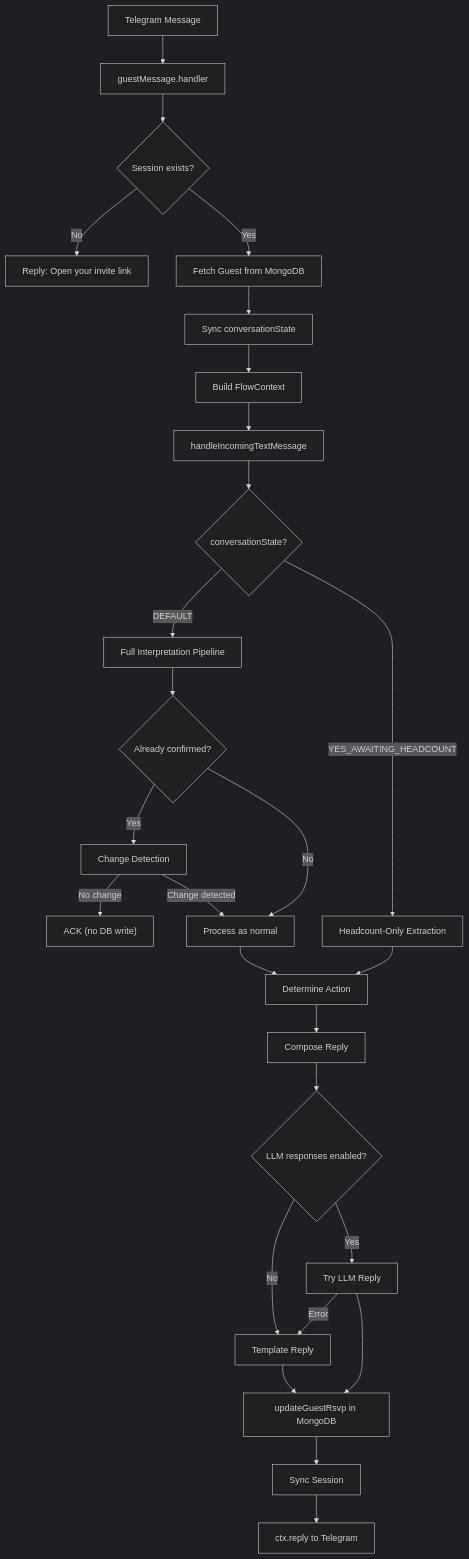
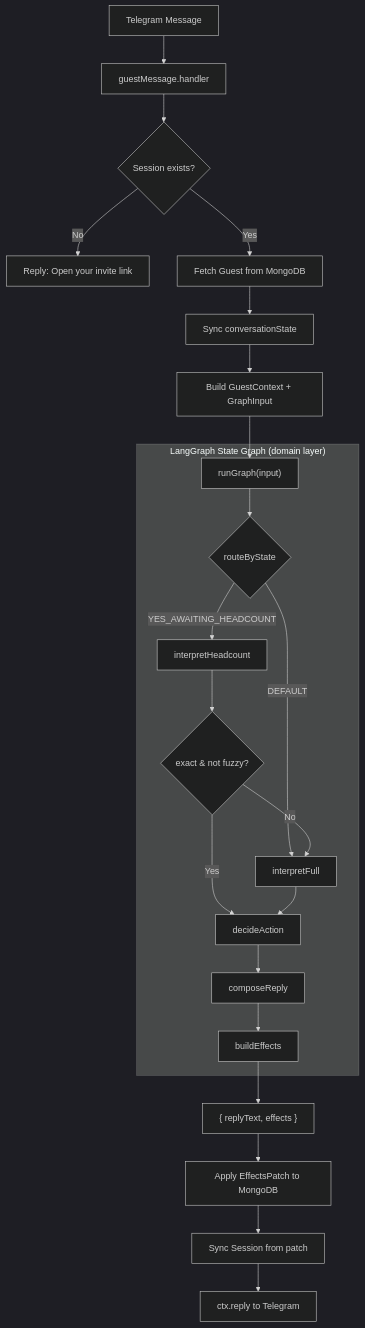
The first of 7 diagrams in docs/ai-bot-machine.md (Srul123/EZ-Event-BOT), drawn with Mermaid (dark theme) before and after one commit. The commit also changed other lines of this file and 20 other files, not shown here.

````diff
--- a/docs/ai-bot-machine.md
+++ b/docs/ai-bot-machine.md
@@ -50,34 +52,27 @@
 ```mermaid
 flowchart TD
     A[Telegram Message] --> B[guestMessage.handler]
     B --> C{Session exists?}
     C -->|No| D["Reply: Open your invite link"]
     C -->|Yes| E[Fetch Guest from MongoDB]
     E --> F[Sync conversationState]
-    F --> G[Build FlowContext]
-    G --> H[handleIncomingTextMessage]
+    F --> G[Build GuestContext + GraphInput]
+    G --> H["runGraph(input)"]
 
-    H --> I{conversationState?}
-    I -->|DEFAULT| J[Full Interpretation Pipeline]
-    I -->|YES_AWAITING_HEADCOUNT| K[Headcount-Only Extraction]
+    subgraph LangGraph["LangGraph State Graph (domain layer)"]
+        H --> I{routeByState}
+        I -->|DEFAULT| J[interpretFull]
+        I -->|YES_AWAITING_HEADCOUNT| K[interpretHeadcount]
+        K --> L{"exact & not fuzzy?"}
+        L -->|Yes| M[decideAction]
+        L -->|No| J
+        J --> M
+        M --> N[composeReply]
+        N --> O[buildEffects]
+    end
 
-    J --> L{Already confirmed?}
-    L -->|Yes| M[Change Detection]
-    M -->|No change| N["ACK (no DB write)"]
-    M -->|Change detected| O[Process as normal]
-    L -->|No| O
-
-    O --> P[Determine Action]
-    K --> P
-
-    P --> Q[Compose Reply]
-    Q --> R{LLM responses enabled?}
-    R -->|No| S[Template Reply]
-    R -->|Yes| T[Try LLM Reply]
-    T -->|Error| S
-
-    S --> U[updateGuestRsvp in MongoDB]
-    T --> U
-    U --> V[Sync Session]
-    V --> W[ctx.reply to Telegram]
+    O --> P["{ replyText, effects }"]
+    P --> Q[Apply EffectsPatch to MongoDB]
+    Q --> R[Sync Session from patch]
+    R --> S[ctx.reply to Telegram]
 ```
````
